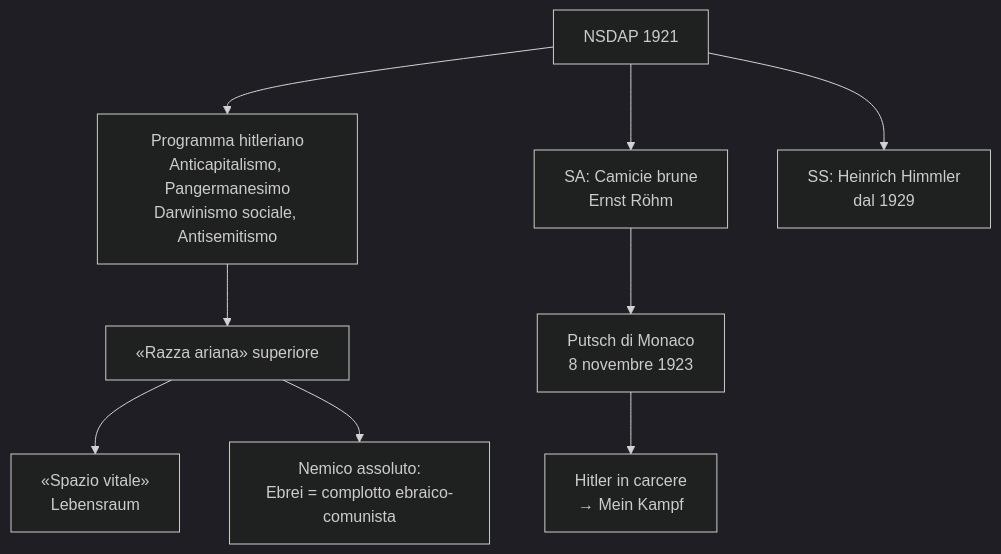
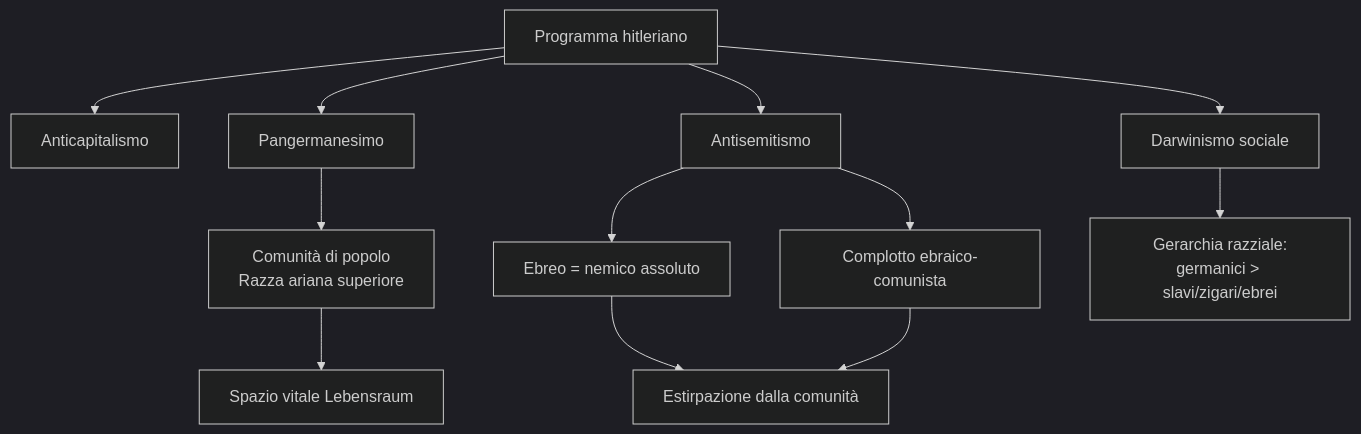
The second of 10 diagrams in storia/materiale/studio/capitolo_3.11_studio.md (riccardo-algorime/appunti-5Bsa), drawn with Mermaid (dark theme) before and after one commit. The commit also changed other lines of this file and 5 other files, not shown here.

````diff
--- a/storia/materiale/studio/capitolo_3.11_studio.md
+++ b/storia/materiale/studio/capitolo_3.11_studio.md
@@ -129,11 +76,14 @@
 ```mermaid
 flowchart TD
-    A[NSDAP 1921] --> B[Programma hitleriano<br/>Anticapitalismo, Pangermanesimo<br/>Darwinismo sociale, Antisemitismo]
-    B --> C[«Razza ariana» superiore]
-    C --> D[«Spazio vitale»<br/>Lebensraum]
-    C --> E[Nemico assoluto:<br/>Ebrei = complotto ebraico-comunista]
-    A --> F[SA: Camicie brune<br/>Ernst Röhm]
-    A --> G[SS: Heinrich Himmler<br/>dal 1929]
-    F --> H[Putsch di Monaco<br/>8 novembre 1923]
-    H --> I[Hitler in carcere<br/>→ Mein Kampf]
+    A[Programma hitleriano] --> B[Anticapitalismo]
+    A --> C[Pangermanesimo]
+    A --> D[Darwinismo sociale]
+    A --> E[Antisemitismo]
+    E --> F[Ebreo = nemico assoluto]
+    E --> G[Complotto ebraico-comunista]
+    C --> H[Comunità di popolo<br/>Razza ariana superiore]
+    H --> I[Spazio vitale Lebensraum]
+    D --> J[Gerarchia razziale:<br/>germanici > slavi/zigari/ebrei]
+    F --> K[Estirpazione dalla comunità]
+    G --> K
 ```
````
